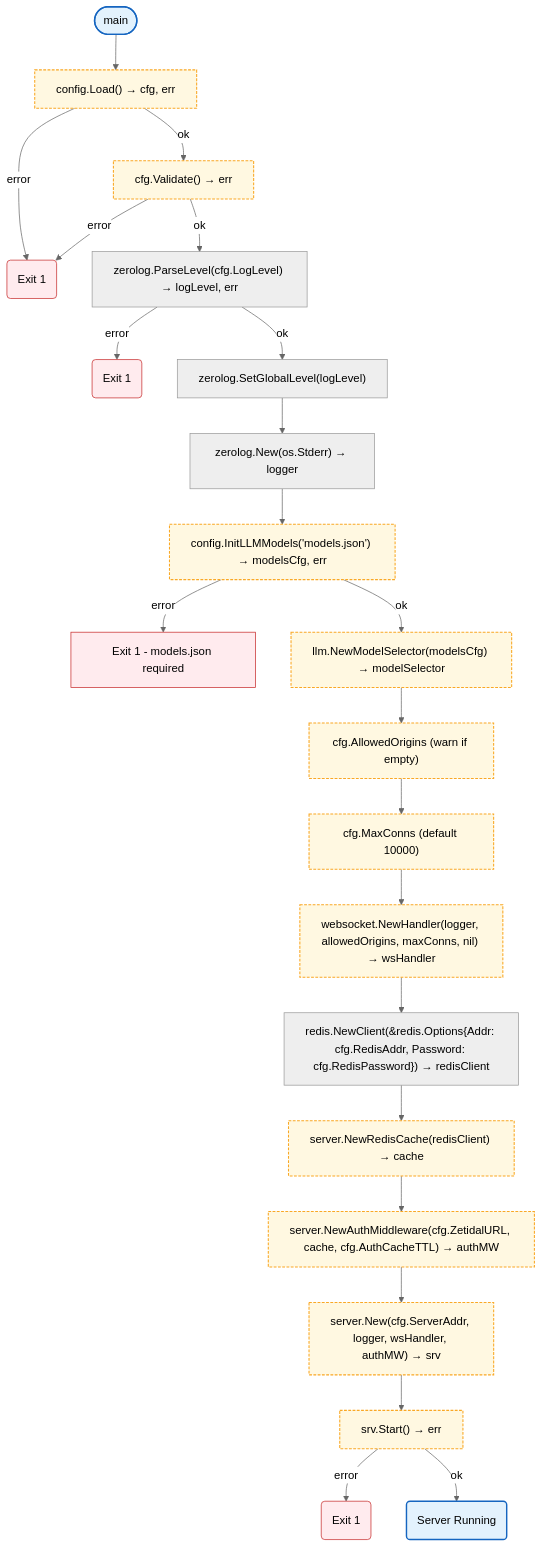
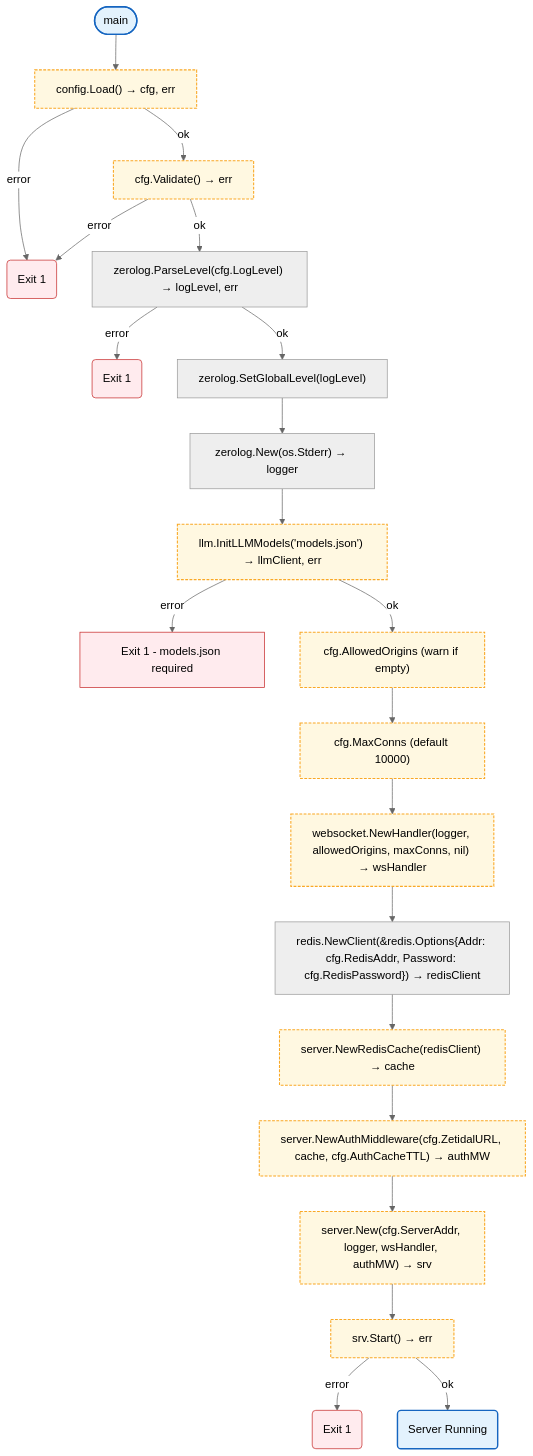
Before and after one commit to radch-ai/ava: the diagram in docs/cmd/gateway.md, drawn with Mermaid (neutral theme). The commit also changed 8 other files, not shown here.

First line of the commit message:
refactor: move models config to llm package with unified InitLLMModels

````diff
--- a/docs/cmd/gateway.md
+++ b/docs/cmd/gateway.md
@@ -7,40 +7,39 @@
 ```mermaid
 flowchart TB
     Start([main]) --> LoadCfg["config.Load() → cfg, err"]
     LoadCfg -->|error| Exit1("Exit 1")
     LoadCfg -->|ok| ValidateCfg["cfg.Validate() → err"]
     ValidateCfg -->|error| Exit1
     ValidateCfg -->|ok| ParseLevel["zerolog.ParseLevel(cfg.LogLevel) → logLevel, err"]
     ParseLevel -->|error| Exit2("Exit 1")
     ParseLevel -->|ok| SetLevel["zerolog.SetGlobalLevel(logLevel)"]
     SetLevel --> CreateLogger["zerolog.New(os.Stderr) → logger"]
-    CreateLogger --> LoadModels["config.InitLLMModels('models.json') → modelsCfg, err"]
-    LoadModels -->|error| ExitLLM["Exit 1 - models.json required"]
-    LoadModels -->|ok| CreateSelector["llm.NewModelSelector(modelsCfg) → modelSelector"]
-    CreateSelector --> CheckOrigins["cfg.AllowedOrigins (warn if empty)"]
+    CreateLogger --> InitLLM["llm.InitLLMModels('models.json') → llmClient, err"]
+    InitLLM -->|error| ExitLLM["Exit 1 - models.json required"]
+    InitLLM -->|ok| CheckOrigins["cfg.AllowedOrigins (warn if empty)"]
     CheckOrigins --> CheckConns["cfg.MaxConns (default 10000)"]
     CheckConns --> CreateWS["websocket.NewHandler(logger, allowedOrigins, maxConns, nil) → wsHandler"]
     CreateWS --> InitRedis["redis.NewClient(&redis.Options{Addr: cfg.RedisAddr, Password: cfg.RedisPassword}) → redisClient"]
     InitRedis --> CreateCache["server.NewRedisCache(redisClient) → cache"]
     CreateCache --> CreateAuthMW["server.NewAuthMiddleware(cfg.ZetidalURL, cache, cfg.AuthCacheTTL) → authMW"]
     CreateAuthMW --> CreateServer["server.New(cfg.ServerAddr, logger, wsHandler, authMW) → srv"]
     CreateServer --> StartServer["srv.Start() → err"]
     StartServer -->|error| Exit3("Exit 1")
     StartServer -->|ok| Running("Server Running")
 
     click LoadCfg href "../config/README.md"
     click ValidateCfg href "../config/README.md"
-    click LoadModels href "../config/models.md"
+    click InitLLM href "../internal/llm/models_config.md"
     click CreateCache href "../internal/server/README.md"
     click CreateAuthMW href "../internal/server/README.md"
     click CreateWS href "../internal/websocket.md"
     click CreateServer href "../internal/server/README.md"
 
     classDef mainFn fill:#e3f2fd,stroke:#1565c0,stroke-width:2px
     classDef localPkgs fill:#fff8e1,stroke:#f9a825,stroke-width:1.5px,stroke-dasharray:4 2
     classDef errorFlow fill:#ffebee,stroke:#c62828,stroke-width:1px
 
     class Start,Running mainFn
     class Exit1,Exit2,Exit3,ExitLLM errorFlow
-    class LoadCfg,ValidateCfg,LoadModels,CreateSelector,CheckOrigins,CheckConns,CreateCache,CreateAuthMW,CreateWS,CreateServer,StartServer localPkgs
+    class LoadCfg,ValidateCfg,InitLLM,CheckOrigins,CheckConns,CreateCache,CreateAuthMW,CreateWS,CreateServer,StartServer localPkgs
 ```
````
